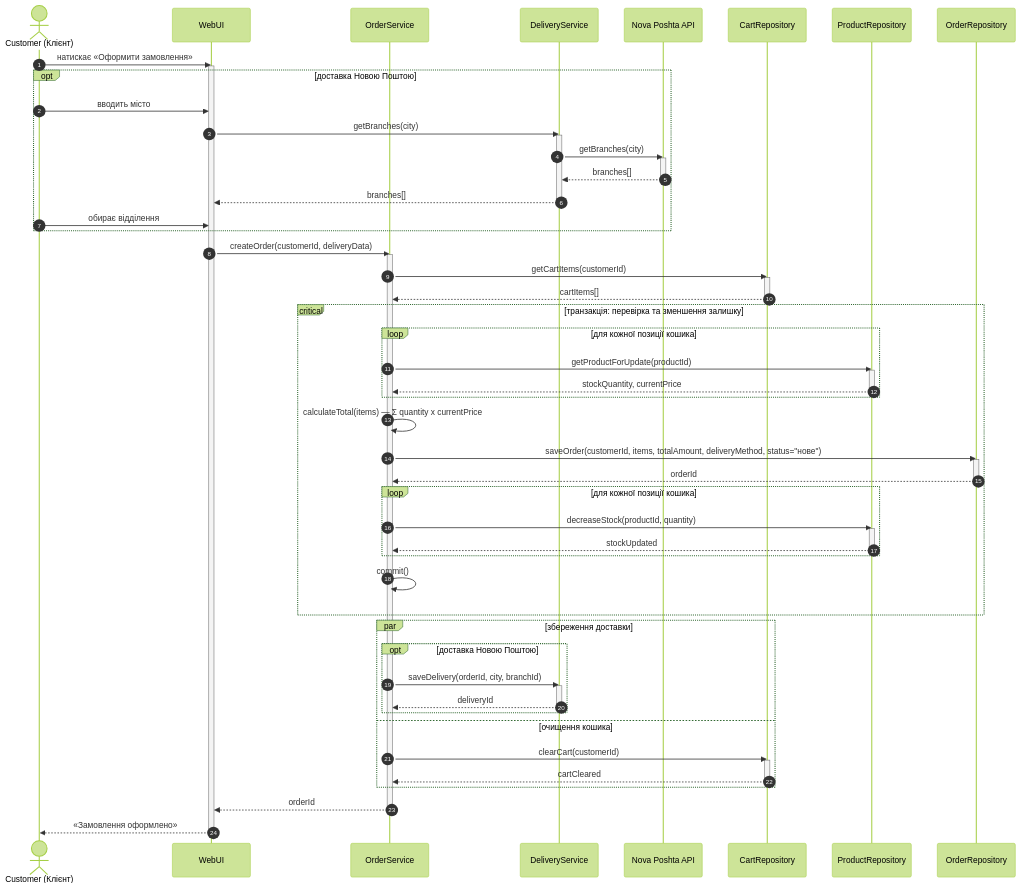
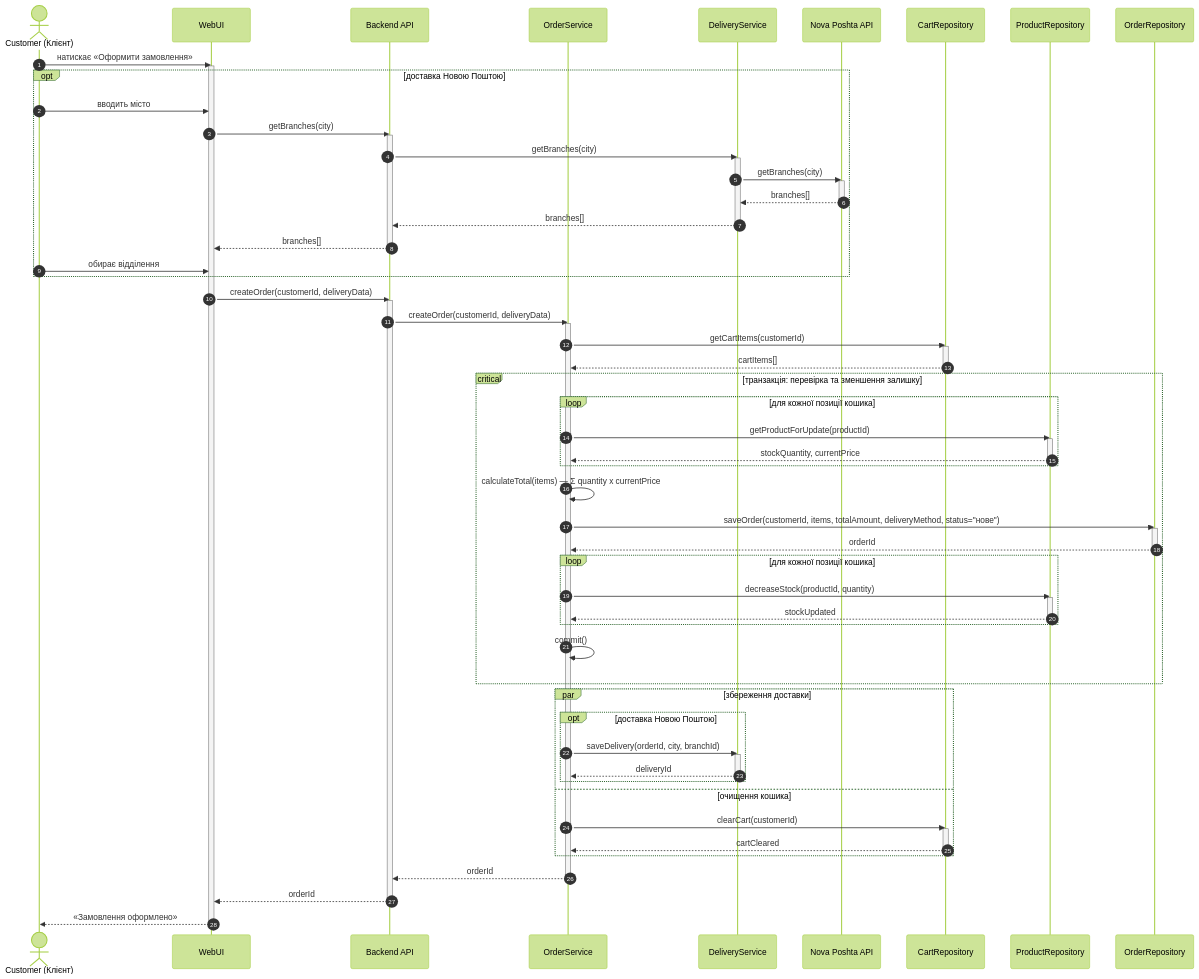
One commit to AlegZabivnoy/Software-engineering-components-2- changed the diagram in Diagrams/sequence-uc03-success.mmd. Above: the diagram before and after it, drawn with Mermaid (forest theme). The commit also changed 3 other files, not shown here.

Commit message:
fix: add API layer to sequence diagrams

```diff
--- a/Diagrams/sequence-uc03-success.mmd
+++ b/Diagrams/sequence-uc03-success.mmd
@@ -1,72 +1,81 @@
 sequenceDiagram
     autonumber
     actor C as Customer (Клієнт)
     participant UI as WebUI
+    participant API as Backend API
     participant OS as OrderService
     participant DS as DeliveryService
     participant NP as Nova Poshta API
     participant CR as CartRepository
     participant PR as ProductRepository
     participant OR as OrderRepository
 
     C->>UI: натискає «Оформити замовлення»
     activate UI
 
     opt доставка Новою Поштою
         C->>UI: вводить місто
-        UI->>DS: getBranches(city)
+        UI->>API: getBranches(city)
+        activate API
+        API->>DS: getBranches(city)
         activate DS
         DS->>NP: getBranches(city)
         activate NP
         NP-->>DS: branches[]
         deactivate NP
-        DS-->>UI: branches[]
+        DS-->>API: branches[]
         deactivate DS
+        API-->>UI: branches[]
+        deactivate API
         C->>UI: обирає відділення
     end
 
-    UI->>OS: createOrder(customerId, deliveryData)
+    UI->>API: createOrder(customerId, deliveryData)
+    activate API
+    API->>OS: createOrder(customerId, deliveryData)
     activate OS
     OS->>CR: getCartItems(customerId)
     activate CR
     CR-->>OS: cartItems[]
     deactivate CR
 
     critical транзакція: перевірка та зменшення залишку
         loop для кожної позиції кошика
             OS->>PR: getProductForUpdate(productId)
             activate PR
             PR-->>OS: stockQuantity, currentPrice
             deactivate PR
         end
         OS->>OS: calculateTotal(items) — Σ quantity х currentPrice
         OS->>OR: saveOrder(customerId, items, totalAmount, deliveryMethod, status="нове")
         activate OR
         OR-->>OS: orderId
         deactivate OR
         loop для кожної позиції кошика
             OS->>PR: decreaseStock(productId, quantity)
             activate PR
             PR-->>OS: stockUpdated
             deactivate PR
         end
         OS->>OS: commit()
     end
 
-        par збереження доставки
+    par збереження доставки
         opt доставка Новою Поштою
             OS->>DS: saveDelivery(orderId, city, branchId)
             activate DS
             DS-->>OS: deliveryId
             deactivate DS
         end
     and очищення кошика
         OS->>CR: clearCart(customerId)
         activate CR
         CR-->>OS: cartCleared
         deactivate CR
     end
-    OS-->>UI: orderId
+    OS-->>API: orderId
     deactivate OS
+    API-->>UI: orderId
+    deactivate API
     UI-->>C: «Замовлення оформлено»
     deactivate UI
```
